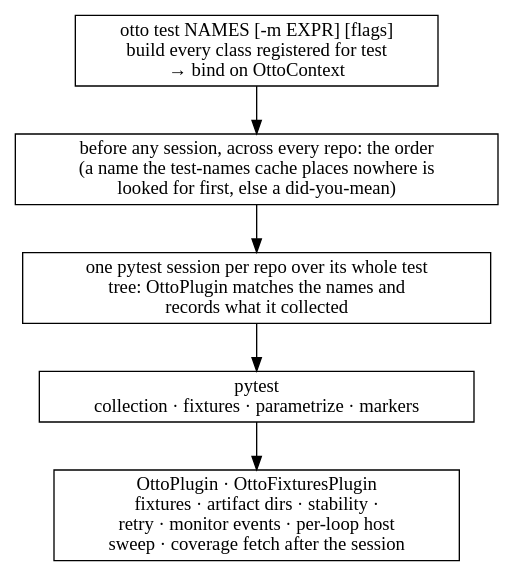
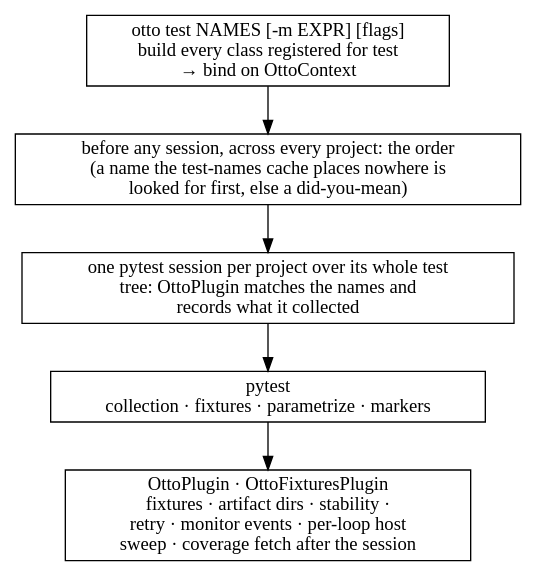
The diagram in docs/architecture/subsystems/execution.md (ludachrish3/otto-sh), drawn with Graphviz before and after one commit. The commit also changed other lines of this file and 721 other files, not shown here.

````diff
--- a/docs/architecture/subsystems/execution.md
+++ b/docs/architecture/subsystems/execution.md
@@ -12,14 +12,14 @@
 ```{graphviz}
 digraph testpipeline {
     rankdir=TB;
     node [shape=box];
 
     cli [label="otto test NAMES [-m EXPR] [flags]\nbuild every class registered for test\n→ bind on OttoContext"];
-    resolve [label="before any session, across every repo: the order\n(a name the test-names cache places nowhere is\nlooked for first, else a did-you-mean)"];
-    session [label="one pytest session per repo over its whole test\ntree: OttoPlugin matches the names and\nrecords what it collected"];
+    resolve [label="before any session, across every project: the order\n(a name the test-names cache places nowhere is\nlooked for first, else a did-you-mean)"];
+    session [label="one pytest session per project over its whole test\ntree: OttoPlugin matches the names and\nrecords what it collected"];
     pytest_ [label="pytest\ncollection · fixtures · parametrize · markers"];
     plugin [label="OttoPlugin · OttoFixturesPlugin\nfixtures · artifact dirs · stability ·\nretry · monitor events · per-loop host\nsweep · coverage fetch after the session"];
 
     cli -> resolve -> session -> pytest_ -> plugin;
 }
 ```
````
